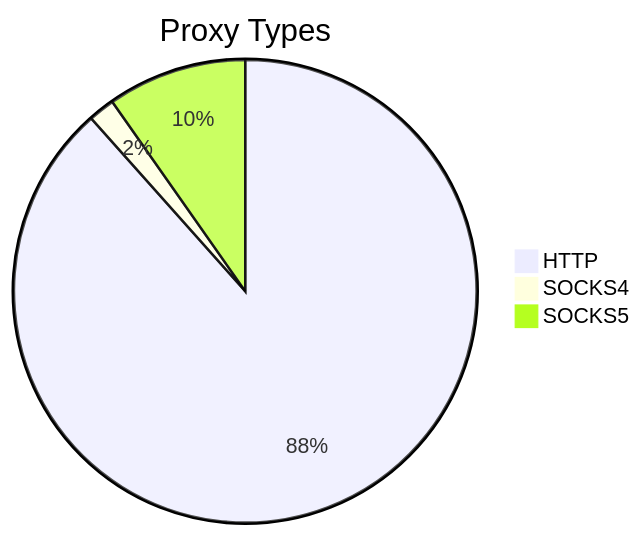
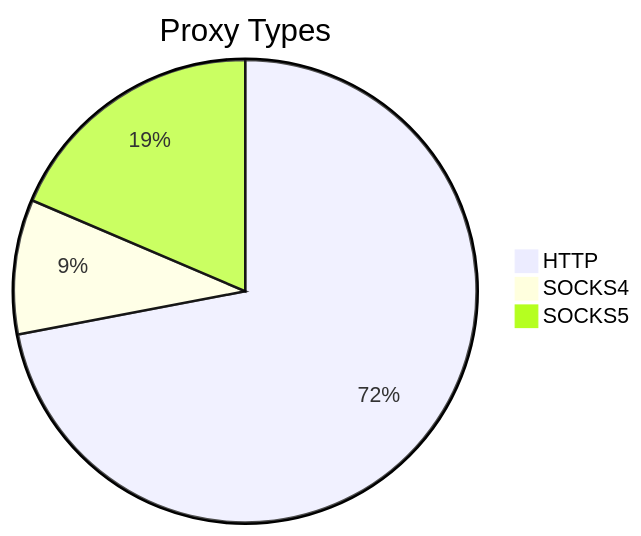
Before and after one commit to stormsia/proxy-list: the first of 2 diagrams in README.md, drawn with Mermaid. The commit also changed other lines of this file, not shown here.

````diff
--- a/README.md
+++ b/README.md
@@ -21,6 +21,6 @@
 ```mermaid
 pie title Proxy Types
-    "HTTP" : 908
-    "SOCKS4" : 19
-    "SOCKS5" : 100
+    "HTTP" : 589
+    "SOCKS4" : 77
+    "SOCKS5" : 152
 ```
````
